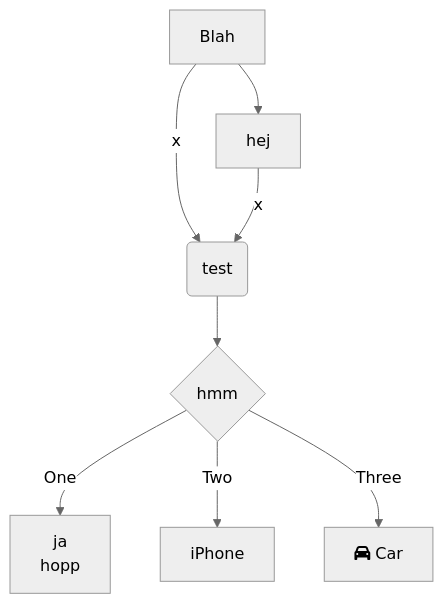
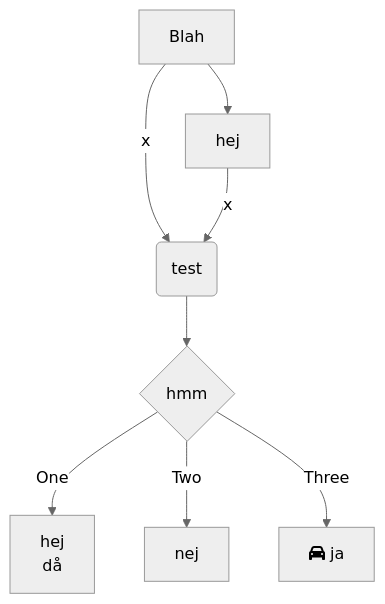
Before and after one commit to WilleGyr/Project-Intro-Ingenjorsarbete: the diagram in Dokumentation/Planering.mmd, drawn with Mermaid (neutral theme).

```diff
--- a/Dokumentation/Planering.mmd
+++ b/Dokumentation/Planering.mmd
@@ -1,8 +1,8 @@
 graph TD
     A[Blah] -->|x| B(test)
     A[Blah] --> hej
     hej --> |x| B(test)
     B --> C{hmm}
-    C -->|One| D["ja <br> hopp"]
-    C -->|Two| E[iPhone]
-    C -->|Three| F[fa:fa-car Car]
+    C -->|One| D["hej <br> då"]
+    C -->|Two| E[nej]
+    C -->|Three| F[fa:fa-car ja]
```
